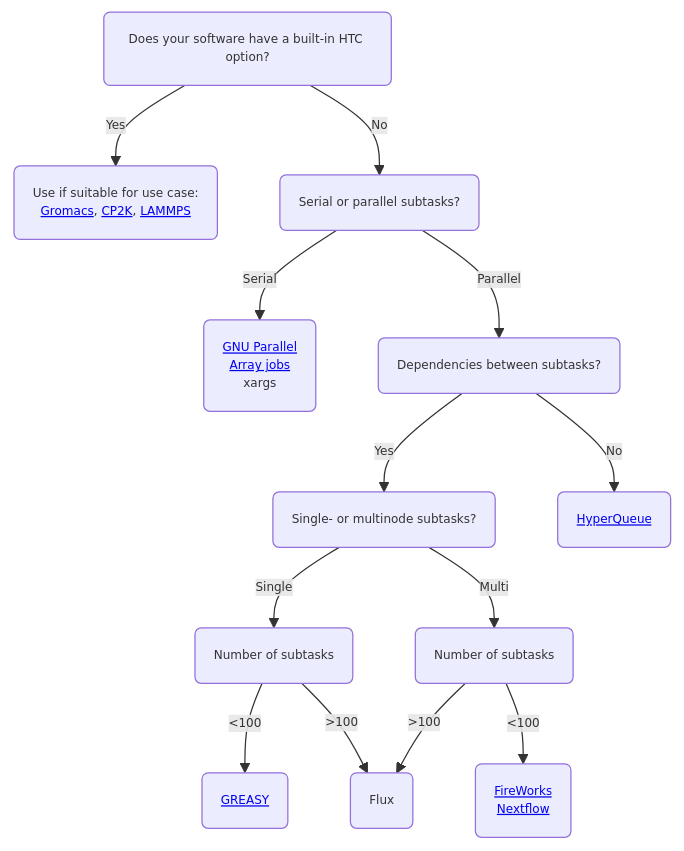
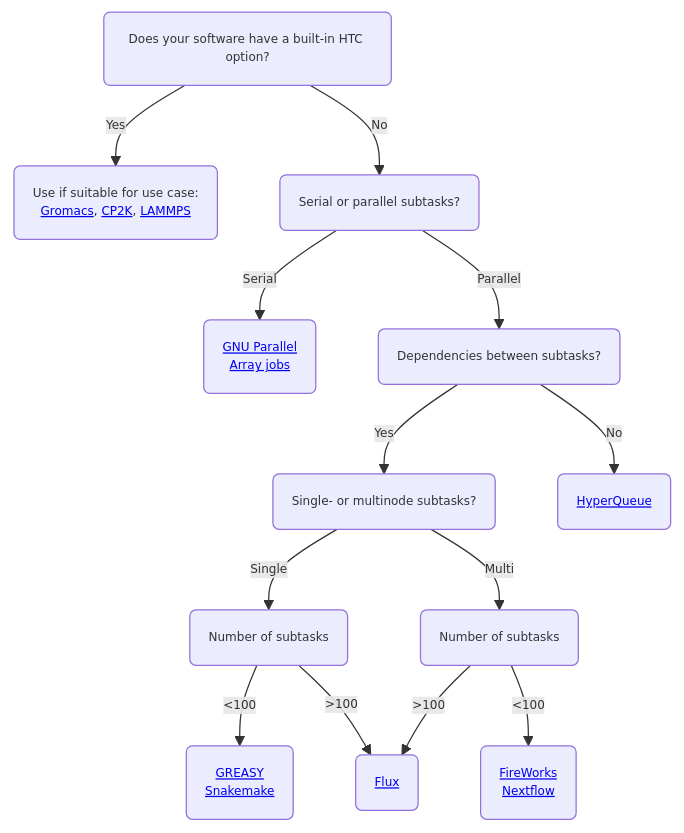
Before and after one commit to CSCfi/csc-user-guide: the first of 2 diagrams in docs/computing/running/throughput.md, drawn with Mermaid. The commit also changed other lines of this file and 2 other files, not shown here.

````diff
--- a/docs/computing/running/throughput.md
+++ b/docs/computing/running/throughput.md
@@ -22,16 +22,16 @@
 ```mermaid
 %%{init: {'theme': 'default', 'themeVariables': { 'fontSize': '0.6rem', 'fontFamily': 'Raleway'}}}%%
 graph TD
     C(Does your software have a built-in HTC option?) -->|Yes| D("Use if suitable for use case:<br><a href='/apps/gromacs/#high-throughput-computing-with-gromacs'>Gromacs</a>, <a href='/apps/cp2k/#high-throughput-computing-with-gromacs'>CP2K</a>, <a href='/apps/lammps/#high-throughput-computing-with-gromacs'>LAMMPS</a>")
     C -->|No| E(Serial or parallel subtasks?)
-    E -->|Serial| F(<a href='/support/tutorials/many/'>GNU Parallel</a><br><a href='/computing/running/array-jobs/'>Array jobs</a><br>xargs)
+    E -->|Serial| F(<a href='/support/tutorials/many/'>GNU Parallel</a><br><a href='/computing/running/array-jobs/'>Array jobs</a>)
     E -->|Parallel| G(Dependencies between subtasks?)
     G -->|Yes| H(Single- or multinode subtasks?)
     G -->|No| I(<a href='https://github.com/It4innovations/hyperqueue'>HyperQueue</a>)
     H -->|Single| J(Number of subtasks)
     H -->|Multi| K(Number of subtasks)
-    J -->|<100| M(<a href='/computing/running/greasy/'>GREASY</a>)
+    J -->|<100| M(<a href='/computing/running/greasy/'>GREASY</a><br><a href='https://snakemake.readthedocs.io/en/stable/'>Snakemake</a>)
     K -->|<100| O(<a href='/computing/running/fireworks/'>FireWorks</a><br><a href='/support/tutorials/nextflow-puhti/'>Nextflow</a>)
-    J -->|>100| L(Flux)
+    J -->|>100| L(<a href='http://flux-framework.org/'>Flux</a>)
     K -->|>100| L
 ```
````
